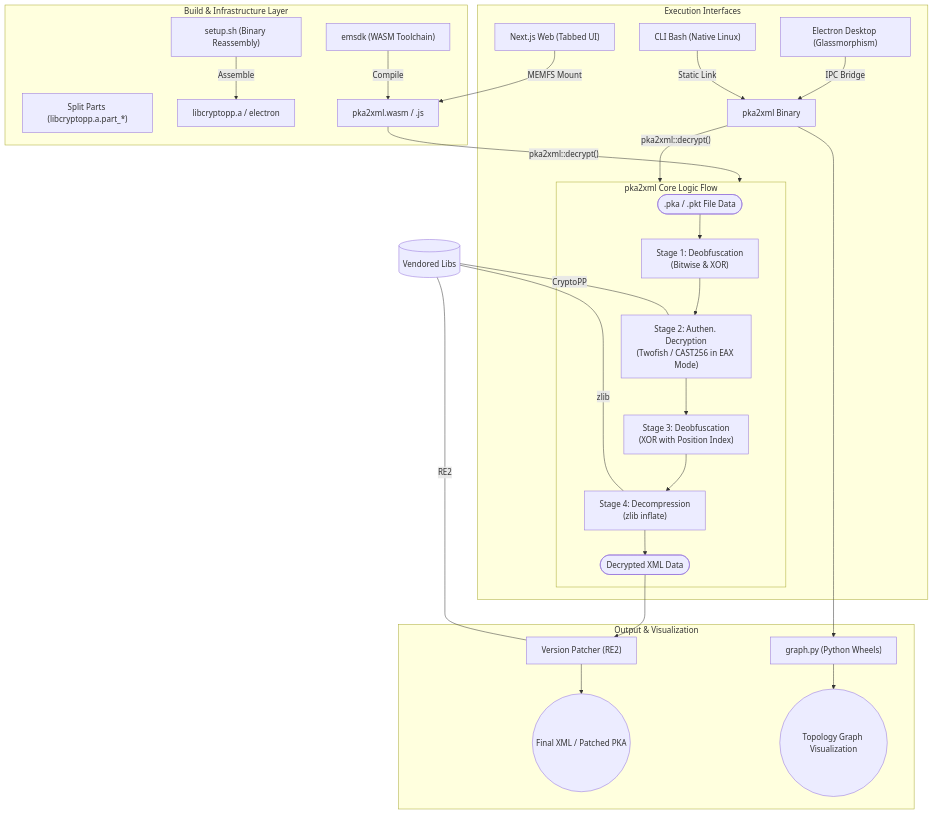
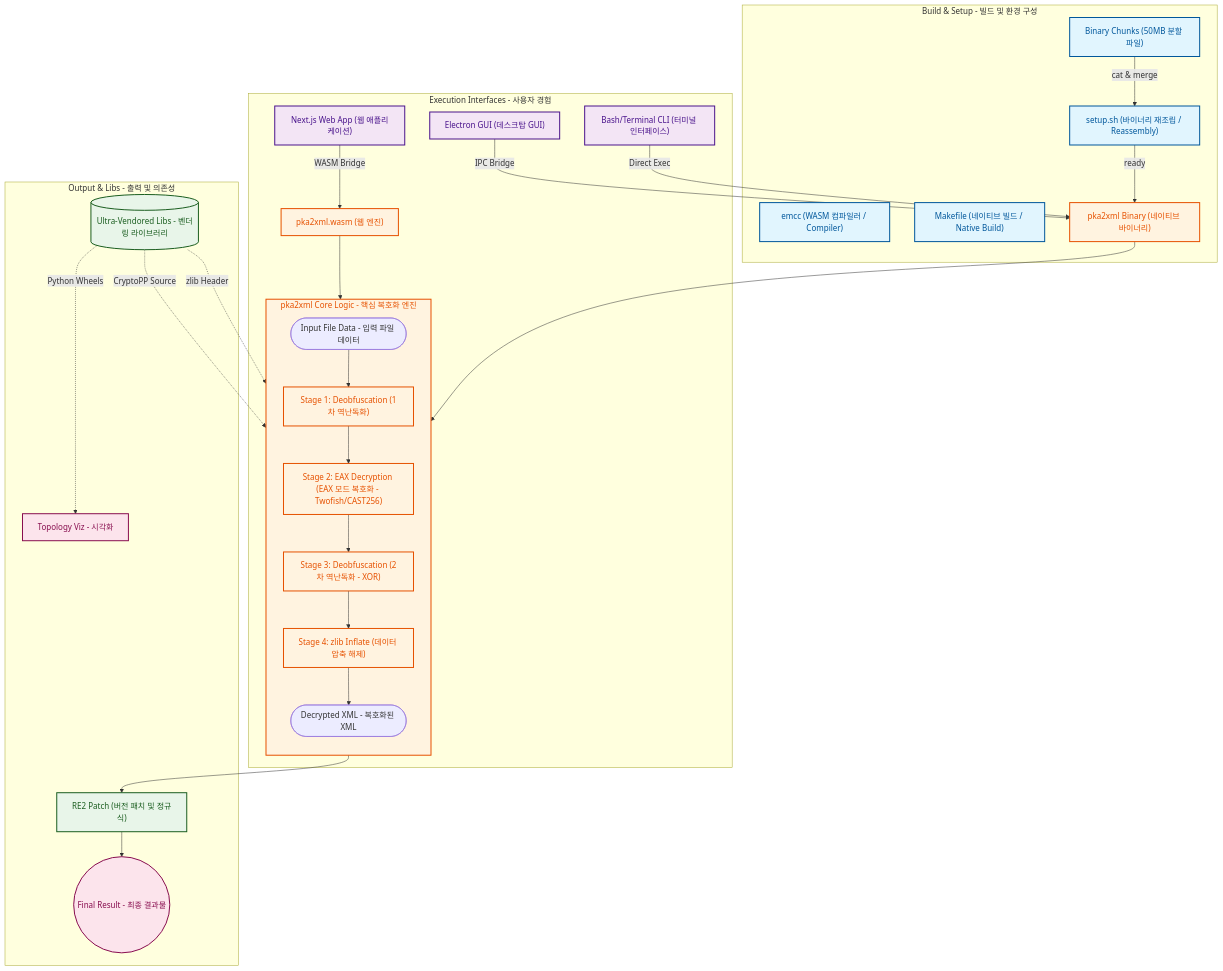
One commit to hslcrb/pka2xml_hslcrb-vendored changed the diagram in readme.md. Above: the diagram before and after it, drawn with Mermaid. The commit also changed other lines of this file, not shown here.

Commit message:
Doc: Hyper-Detailed Bilingual (KR/EN) Color-Coded Architecture Diagram

````diff
--- a/readme.md
+++ b/readme.md
@@ -18,57 +18,66 @@
 ```mermaid
 graph TB
-    %% 빌드 및 환경 구성 레이어
-    subgraph Build_Pipeline [Build & Infrastructure Layer]
-        Setup["setup.sh (Binary Reassembly)"]
-        Split_Bin["Split Parts (libcryptopp.a.part_*)"]
-        EMSCRIPTEN["emsdk (WASM Toolchain)"]
+    %% 색상 정의 (Color Definitions)
+    classDef build fill:#e1f5fe,stroke:#01579b,stroke-width:2px,color:#01579b;
+    classDef core fill:#fff3e0,stroke:#e65100,stroke-width:2px,color:#e65100;
+    classDef ui fill:#f3e5f5,stroke:#4a148c,stroke-width:2px,color:#4a148c;
+    classDef lib fill:#e8f5e9,stroke:#1b5e20,stroke-width:2px,color:#1b5e20;
+    classDef result fill:#fce4ec,stroke:#880e4f,stroke-width:2px,color:#880e4f;
+
+    %% 1. 빌드 및 인프라 레이어 (Build & Infrastructure)
+    subgraph Layer_Build [Build & Setup - 빌드 및 환경 구성]
+        Setup["setup.sh (바이너리 재조립 / Reassembly)"]
+        Split_Bin["Binary Chunks (50MB 분할 파일)"]
+        EMSCRIPTEN["emcc (WASM 컴파일러 / Compiler)"]
+        Makefile["Makefile (네이티브 빌드 / Native Build)"]
         
-        Setup -- "Assemble" --> Native_Libs[libcryptopp.a / electron]
-        EMSCRIPTEN -- "Compile" --> WASM_Module[pka2xml.wasm / .js]
+        Split_Bin --> |"cat & merge"| Setup
+        Setup --> |"ready"| Native_Bin["pka2xml Binary (네이티브 바이너리)"]
     end
 
-    %% 데이터 처리 및 복호화 레이어 (The "ERD" of Logic)
-    subgraph Decryption_Engine [pka2xml Core Logic Flow]
-        PKA_IN([.pka / .pkt File Data])
+    %% 2. 핵심 복호화 엔진 (Core Decryption Engine)
+    subgraph Layer_Core [pka2xml Core Logic - 핵심 복호화 엔진]
+        direction TB
+        Input_Data([Input File Data - 입력 파일 데이터])
         
-        Stage1["Stage 1: Deobfuscation\n(Bitwise & XOR)"]
-        Stage2["Stage 2: Authen. Decryption\n(Twofish / CAST256 in EAX Mode)"]
-        Stage3["Stage 3: Deobfuscation\n(XOR with Position Index)"]
-        Stage4["Stage 4: Decompression\n(zlib inflate)"]
+        S1["Stage 1: Deobfuscation (1차 역난독화)"]
+        S2["Stage 2: EAX Decryption (EAX 모드 복호화 - Twofish/CAST256)"]
+        S3["Stage 3: Deobfuscation (2차 역난독화 - XOR)"]
+        S4["Stage 4: zlib Inflate (데이터 압축 해제)"]
         
-        PKA_IN --> Stage1
-        Stage1 --> Stage2
-        Stage2 --> Stage3
-        Stage3 --> Stage4
-        Stage4 --> XML_OUT([Decrypted XML Data])
+        Input_Data --> S1 --> S2 --> S3 --> S4
+        S4 --> XML_RAW([Decrypted XML - 복호화된 XML])
     end
 
-    %% 사용자 인터페이스 및 실행 레이어
-    subgraph Interface_Layer [Execution Interfaces]
-        Web_App["Next.js Web (Tabbed UI)"]
-        GUI_App["Electron Desktop (Glassmorphism)"]
-        CLI_Runner["CLI Bash (Native Linux)"]
+    %% 3. 사용자 인터페이스 레이어 (User Interfaces)
+    subgraph Layer_UI [Execution Interfaces - 사용자 경험]
+        NextJS["Next.js Web App (웹 애플리케이션)"]
+        Electron["Electron GUI (데스크탑 GUI)"]
+        CLI["Bash/Terminal CLI (터미널 인터페이스)"]
         
-        Web_App -- "MEMFS Mount" --> WASM_Module
-        WASM_Module -- "pka2xml::decrypt()" --> Decryption_Engine
+        NextJS --> |"WASM Bridge"| WASM_Core["pka2xml.wasm (웹 엔진)"]
+        WASM_Core --> Layer_Core
         
-        GUI_App -- "IPC Bridge" --> Native_Bin["pka2xml Binary"]
-        CLI_Runner -- "Static Link" --> Native_Bin
-        Native_Bin -- "pka2xml::decrypt()" --> Decryption_Engine
+        Electron --> |"IPC Bridge"| Native_Bin
+        CLI --> |"Direct Exec"| Native_Bin
+        Native_Bin --> Layer_Core
     end
 
-    %% 결과물 및 후처리 레이어
-    subgraph Post_Processing [Output & Visualization]
-        XML_OUT --> Fix_Version["Version Patcher (RE2)"]
-        Fix_Version --> Final_XML((Final XML / Patched PKA))
+    %% 4. 의존성 및 결과 레이어 (Dependencies & Results)
+    subgraph Layer_Out [Output & Libs - 출력 및 의존성]
+        XML_RAW --> RE2["RE2 Patch (버전 패치 및 정규식)"]
+        RE2 --> Final_Out((Final Result - 최종 결과물))
         
-        Native_Bin --> PyGraph["graph.py (Python Wheels)"]
-        PyGraph --> Topology((Topology Graph Visualization))
+        Libs[(Ultra-Vendored Libs - 벤더링 라이브러리)]
+        Libs -.-> |"CryptoPP Source"| S2
+        Libs -.-> |"zlib Header"| S4
+        Libs -.-> |"Python Wheels"| Viz[Topology Viz - 시각화]
     end
 
-    %% 의존성 관계
-    Libraries[(Vendored Libs)]
-    Libraries --- |"CryptoPP"| Stage2
-    Libraries --- |"RE2"| Fix_Version
-    Libraries --- |"zlib"| Stage4
+    %% 클래스 적용 (Apply Classes)
+    class Setup,Split_Bin,EMSCRIPTEN,Makefile build;
+    class Layer_Core,S1,S2,S3,S4,WASM_Core,Native_Bin core;
+    class NextJS,Electron,CLI ui;
+    class Libs,RE2 lib;
+    class Final_Out,Viz result;
 ```
````
